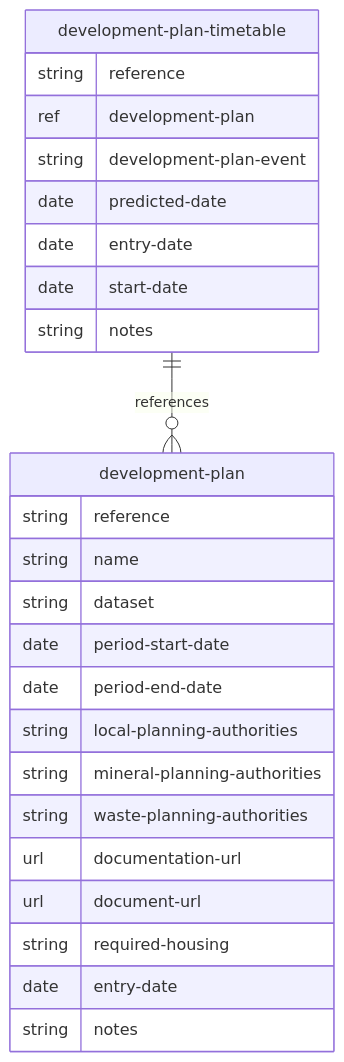
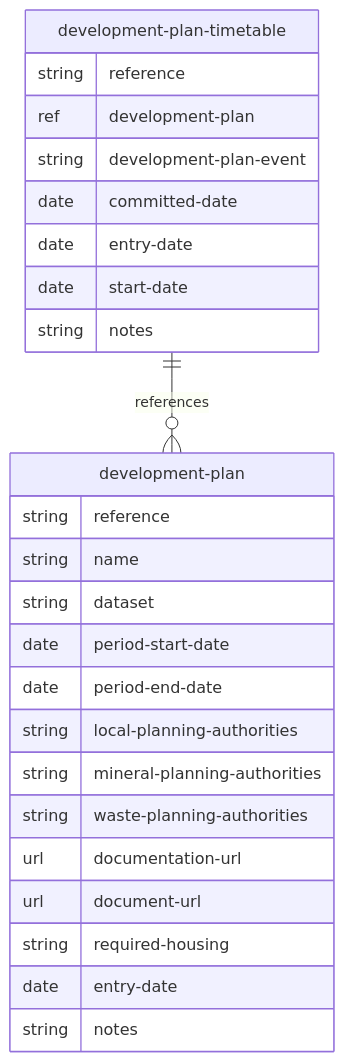
One commit to digital-land/specification changed the diagram in docs/mermaid/development-plan.md. Above: the diagram before and after it, drawn with Mermaid. The commit also changed 19 other files, not shown here.

````diff
--- a/docs/mermaid/development-plan.md
+++ b/docs/mermaid/development-plan.md
@@ -4,28 +4,28 @@
 ```mermaid
 erDiagram
     development-plan {
         string reference
         string name
         string dataset
         date period-start-date
         date period-end-date
         string local-planning-authorities
         string mineral-planning-authorities
         string waste-planning-authorities
         url documentation-url
         url document-url
         string required-housing
         date entry-date
         string notes
     }
     development-plan-timetable {
         string reference
         ref development-plan
         string development-plan-event
-        date predicted-date
+        date committed-date
         date entry-date
         date start-date
         string notes
     }
     development-plan-timetable ||--o{ development-plan : references
 ```
````
